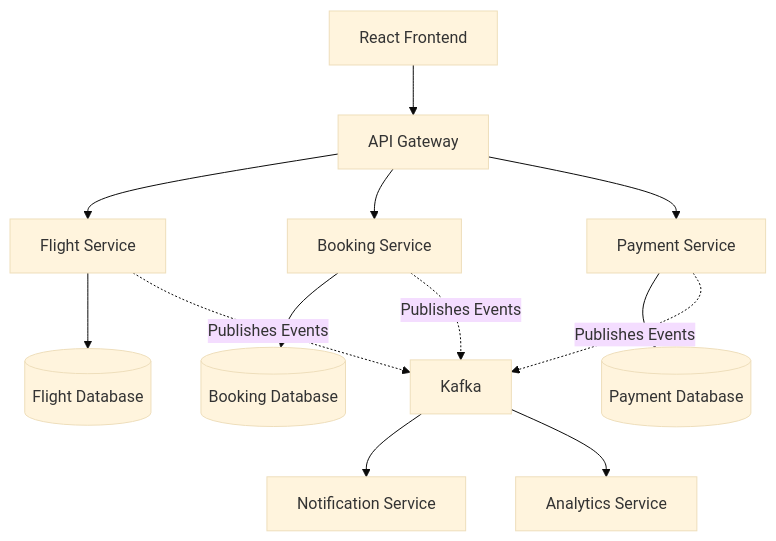
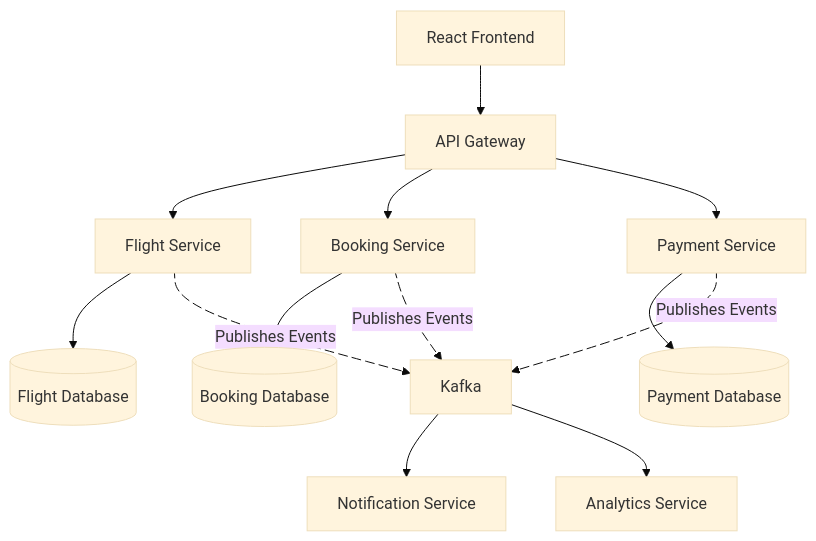
The diagram in README.md (Sru03/FlightBookingSystem), drawn with Mermaid (base theme) before and after one commit. The commit also changed other lines of this file, not shown here.

Commit message:
Reworked the link space on ReadMe

````diff
--- a/README.md
+++ b/README.md
@@ -11,21 +11,34 @@
 ```mermaid
+
 flowchart TD
     A[React Frontend] --> B[API Gateway]
 
     B --> C[Flight Service]
     B --> D[Booking Service]
     B --> E[Payment Service]
 
     C --> F[(Flight Database)]
     D --> G[(Booking Database)]
     E --> H[(Payment Database)]
 
-    C -. Publishes Events .-> I[Kafka]
-    D -. Publishes Events .-> I
-    E -. Publishes Events .-> I
+    C e1@-. Publishes Events .-> I[Kafka]
+    D e2@-. Publishes Events .-> I
+    E e3@-. Publishes Events .-> I
+
+    e1@{animate: true}
+    e2@{animate: true}
+    e3@{animate: true}
 
     I --> J[Notification Service]
     I --> K[Analytics Service]
 
+ 
 
+    C ~~~ I
+    D ~~~ I
+    E ~~~ I
+
+ 
+
+    
 ```
````
